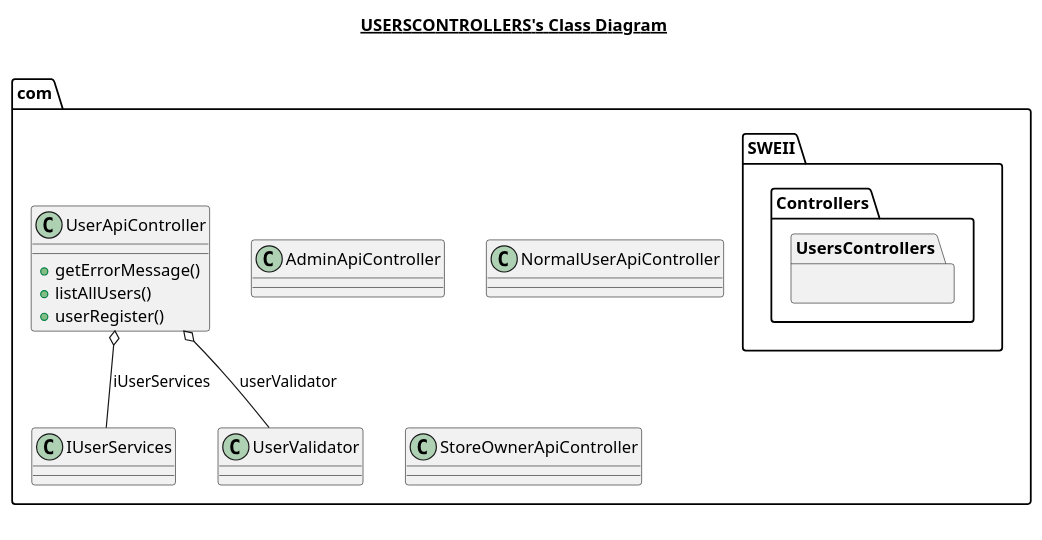
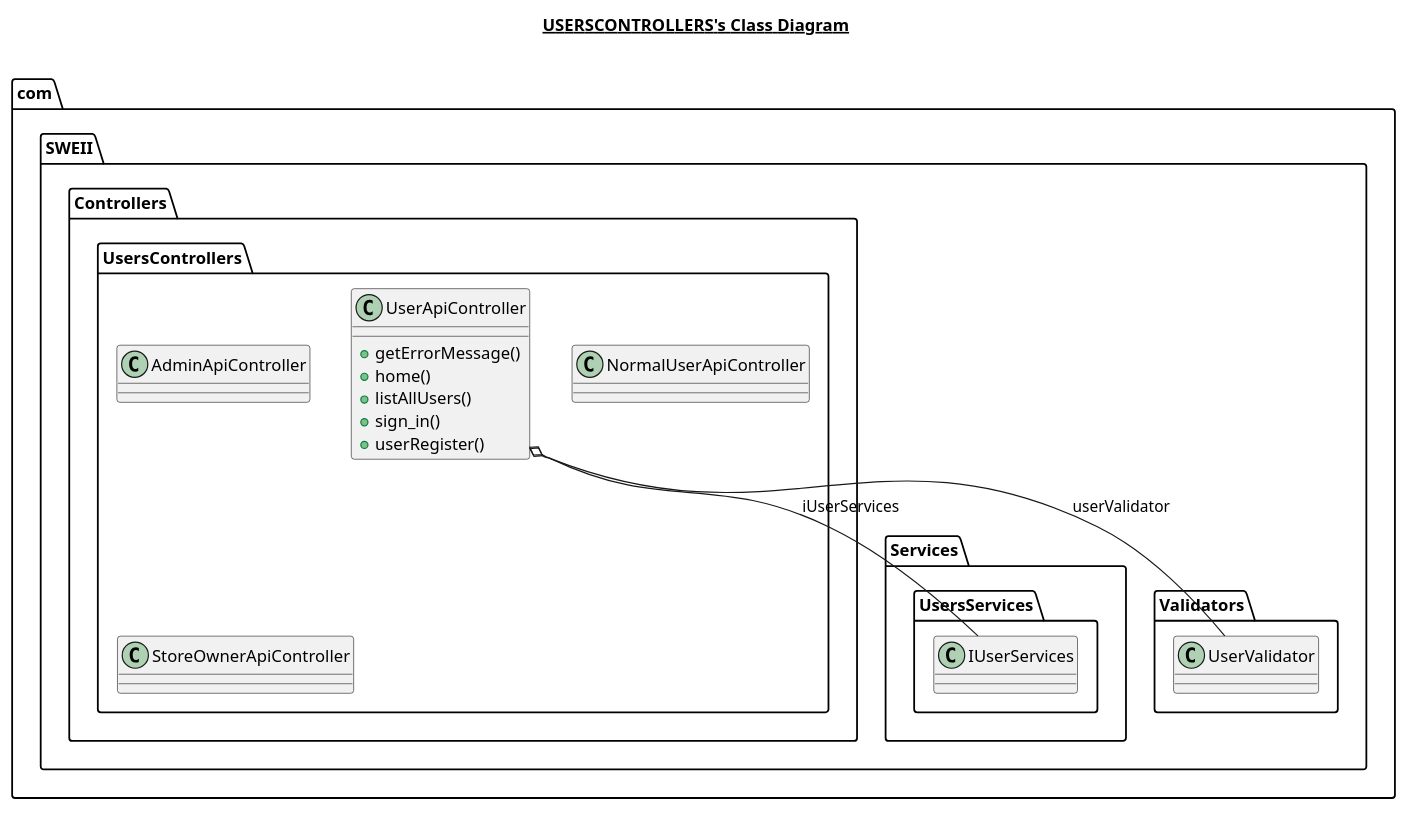
The diagram in src/main/java/com/SWEII/Controllers/UsersControllers/UsersControllers.plantuml (mariam-william/Online_Store_Platform), drawn with PlantUML before and after one commit. The commit also changed 15 other files, not shown here.

```diff
--- a/src/main/java/com/SWEII/Controllers/UsersControllers/UsersControllers.plantuml
+++ b/src/main/java/com/SWEII/Controllers/UsersControllers/UsersControllers.plantuml
@@ -1,48 +1,50 @@
 @startuml
 
 title __USERSCONTROLLERS's Class Diagram__\n
 
   namespace com.SWEII {
     namespace Controllers.UsersControllers {
-      class com.AdminApiController {
+      class com.SWEII.Controllers.UsersControllers.AdminApiController {
       }
     }
   }
   
 
   namespace com.SWEII {
     namespace Controllers.UsersControllers {
-      class com.NormalUserApiController {
+      class com.SWEII.Controllers.UsersControllers.NormalUserApiController {
       }
     }
   }
   
 
   namespace com.SWEII {
     namespace Controllers.UsersControllers {
-      class com.StoreOwnerApiController {
+      class com.SWEII.Controllers.UsersControllers.StoreOwnerApiController {
       }
     }
   }
   
 
   namespace com.SWEII {
     namespace Controllers.UsersControllers {
-      class com.UserApiController {
+      class com.SWEII.Controllers.UsersControllers.UserApiController {
           + getErrorMessage()
+          + home()
           + listAllUsers()
+          + sign_in()
           + userRegister()
       }
     }
   }
   
 
-  com.UserApiController o-- com.IUserServices : iUserServices
-  com.UserApiController o-- com.UserValidator : userValidator
+  com.SWEII.Controllers.UsersControllers.UserApiController o-- com.SWEII.Services.UsersServices.IUserServices : iUserServices
+  com.SWEII.Controllers.UsersControllers.UserApiController o-- com.SWEII.Validators.UserValidator : userValidator
 
 
 right footer
 
 endfooter
 
 @enduml
```
